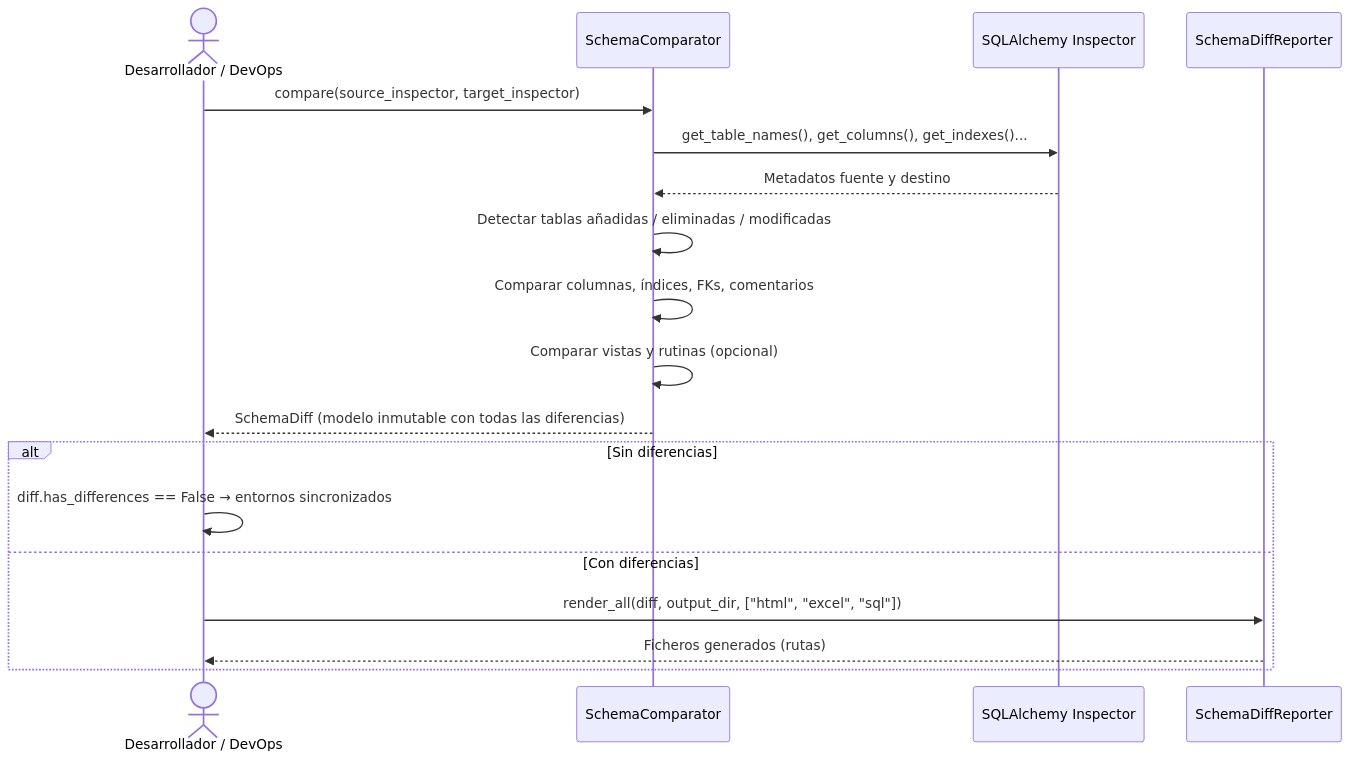
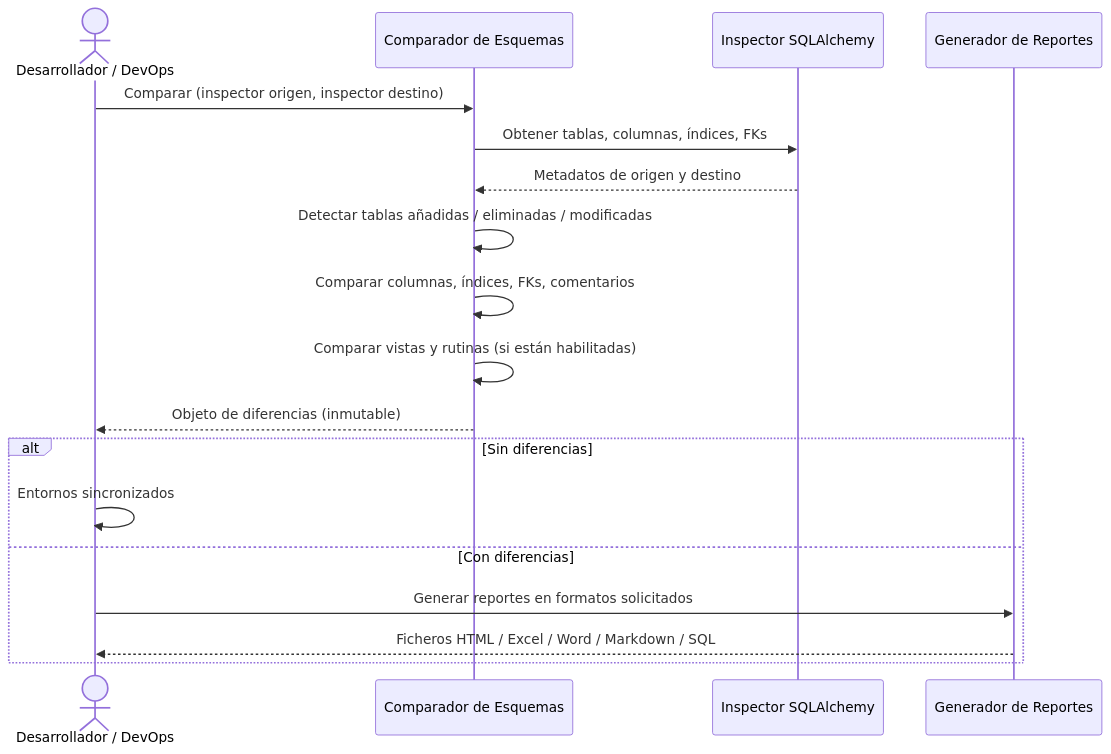
The diagram in docs/functional/schema-comparison.md (fmanza/util_bbdd), drawn with Mermaid before and after one commit. The commit also changed other lines of this file and 117 other files, not shown here.

````diff
--- a/docs/functional/schema-comparison.md
+++ b/docs/functional/schema-comparison.md
@@ -18,23 +33,23 @@
 ```mermaid
 sequenceDiagram
     actor Dev as Desarrollador / DevOps
-    participant Comp as SchemaComparator
-    participant SA as SQLAlchemy Inspector
-    participant Rep as SchemaDiffReporter
+    participant Comp as Comparador de Esquemas
+    participant SA as Inspector SQLAlchemy
+    participant Rep as Generador de Reportes
 
-    Dev->>Comp: compare(source_inspector, target_inspector)
-    Comp->>SA: get_table_names(), get_columns(), get_indexes()...
-    SA-->>Comp: Metadatos fuente y destino
+    Dev->>Comp: Comparar (inspector origen, inspector destino)
+    Comp->>SA: Obtener tablas, columnas, índices, FKs
+    SA-->>Comp: Metadatos de origen y destino
 
     Comp->>Comp: Detectar tablas añadidas / eliminadas / modificadas
     Comp->>Comp: Comparar columnas, índices, FKs, comentarios
-    Comp->>Comp: Comparar vistas y rutinas (opcional)
-    Comp-->>Dev: SchemaDiff (modelo inmutable con todas las diferencias)
+    Comp->>Comp: Comparar vistas y rutinas (si están habilitadas)
+    Comp-->>Dev: Objeto de diferencias (inmutable)
 
     alt Sin diferencias
-        Dev->>Dev: diff.has_differences == False → entornos sincronizados
+        Dev->>Dev: Entornos sincronizados
     else Con diferencias
-        Dev->>Rep: render_all(diff, output_dir, ["html", "excel", "sql"])
-        Rep-->>Dev: Ficheros generados (rutas)
+        Dev->>Rep: Generar reportes en formatos solicitados
+        Rep-->>Dev: Ficheros HTML / Excel / Word / Markdown / SQL
     end
 ```
````
